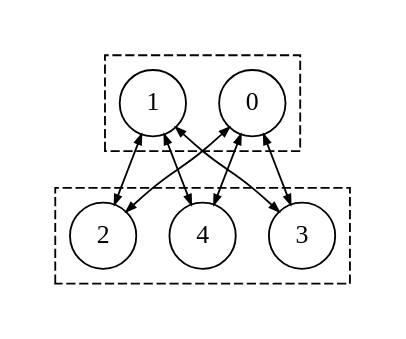
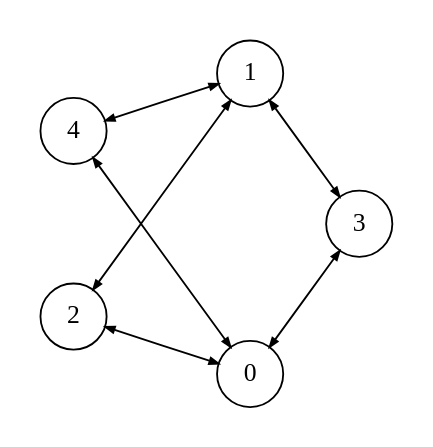
One commit to bsdrks/graaf-images changed the diagram in src/biclique_2_3.dot. Above: the diagram before and after it, drawn with Graphviz. The commit also changed 1 other file, not shown here.

Commit message:
use circo for `biclique_2_3`

```diff
--- a/src/biclique_2_3.dot
+++ b/src/biclique_2_3.dot
@@ -1,26 +1,26 @@
 digraph {
     node [shape=circle, fontname="Operator Mono"];
     edge [arrowsize=0.5];
-    layout=dot;
+    layout=circo;
     pad=0.2;
 
     subgraph cluster_0 {
         style="dashed";
         0 [label="0"];
         1 [label="1"];
     }
 
     subgraph cluster_1 {
         style="dashed";
         2 [label="2"];
         3 [label="3"];
         4 [label="4"];
     }
 
     0 -> 2 [dir="both"];
     1 -> 2 [dir="both"];
     0 -> 3 [dir="both"];
     1 -> 3 [dir="both"];
     0 -> 4 [dir="both"];
     1 -> 4 [dir="both"];
 }
```
